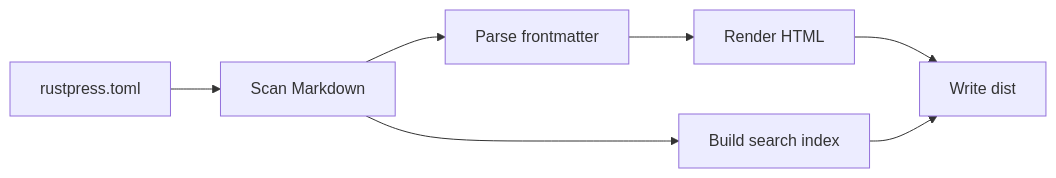
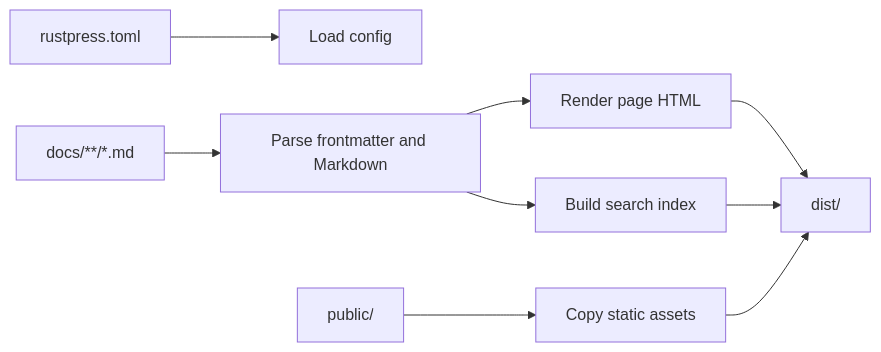
The diagram in docs/en/index.md (ZenithInc/rust-press), drawn with Mermaid before and after one commit. The commit also changed other lines of this file and 42 other files, not shown here.

````diff
--- a/docs/en/index.md
+++ b/docs/en/index.md
@@ -23,9 +36,11 @@
 ```mermaid
 flowchart LR
-    A[rustpress.toml] --> B[Scan Markdown]
-    B --> C[Parse frontmatter]
-    C --> D[Render HTML]
-    D --> E[Write dist]
-    B --> F[Build search index]
-    F --> E
+    Config[rustpress.toml] --> Load[Load config]
+    Docs[docs/**/*.md] --> Parse[Parse frontmatter and Markdown]
+    Parse --> Render[Render page HTML]
+    Parse --> Search[Build search index]
+    Public[public/] --> Copy[Copy static assets]
+    Render --> Dist[dist/]
+    Search --> Dist
+    Copy --> Dist
 ```
````
